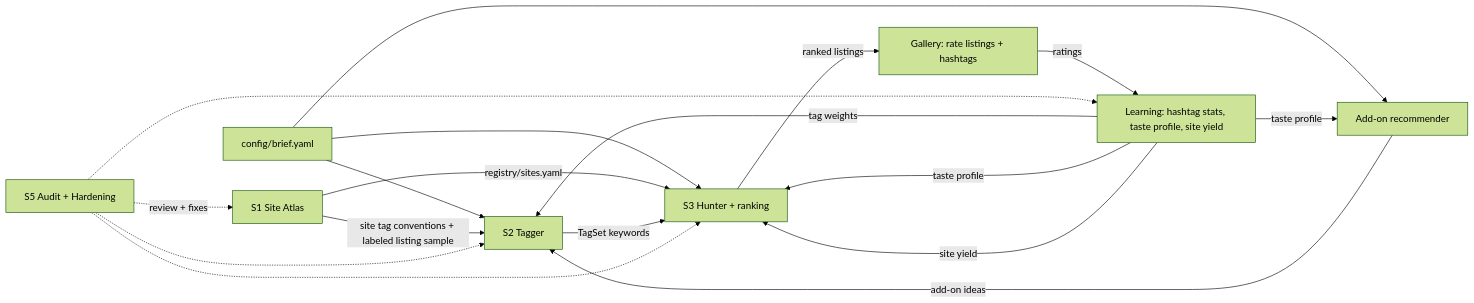
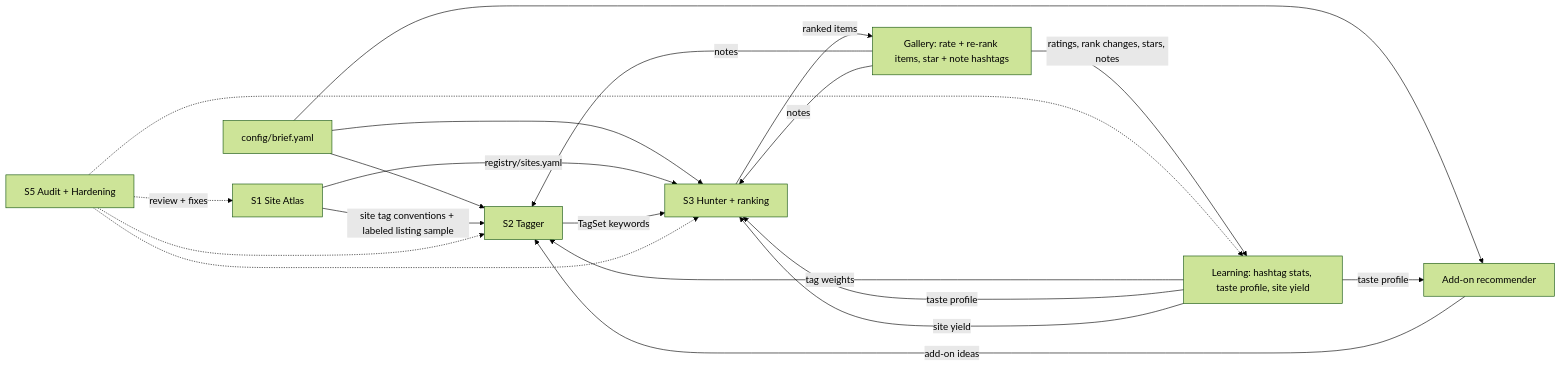
Before and after one commit to PaddyMurphy56/Costume-: the diagram in docs/ROADMAP.md, drawn with Mermaid (forest theme). The commit also changed other lines of this file and 6 other files, not shown here.

First line of the commit message:
Gallery instead of kit; easy re-ranking, hashtag stars and notes

````diff
--- a/docs/ROADMAP.md
+++ b/docs/ROADMAP.md
@@ -42,29 +43,31 @@
 ```mermaid
 flowchart LR
   brief["config/brief.yaml"]
   A["S1 Site Atlas"]
   B["S2 Tagger"]
   C["S3 Hunter + ranking"]
-  G["Gallery: rate listings + hashtags"]
+  G["Gallery: rate + re-rank items, star + note hashtags"]
   L["Learning: hashtag stats, taste profile, site yield"]
   R["Add-on recommender"]
   E["S5 Audit + Hardening"]
 
   brief --> B
   brief --> C
   brief --> R
   A -->|"site tag conventions + labeled listing sample"| B
   A -->|"registry/sites.yaml"| C
   B -->|"TagSet keywords"| C
-  C -->|"ranked listings"| G
+  C -->|"ranked items"| G
   R -->|"add-on ideas"| B
-  G -->|"ratings"| L
+  G -->|"ratings, rank changes, stars, notes"| L
+  G -->|"notes"| B
+  G -->|"notes"| C
   L -->|"tag weights"| B
   L -->|"taste profile"| C
   L -->|"site yield"| C
   L -->|"taste profile"| R
   E -.->|"review + fixes"| A
   E -.-> B
   E -.-> C
   E -.-> L
 ```
````
